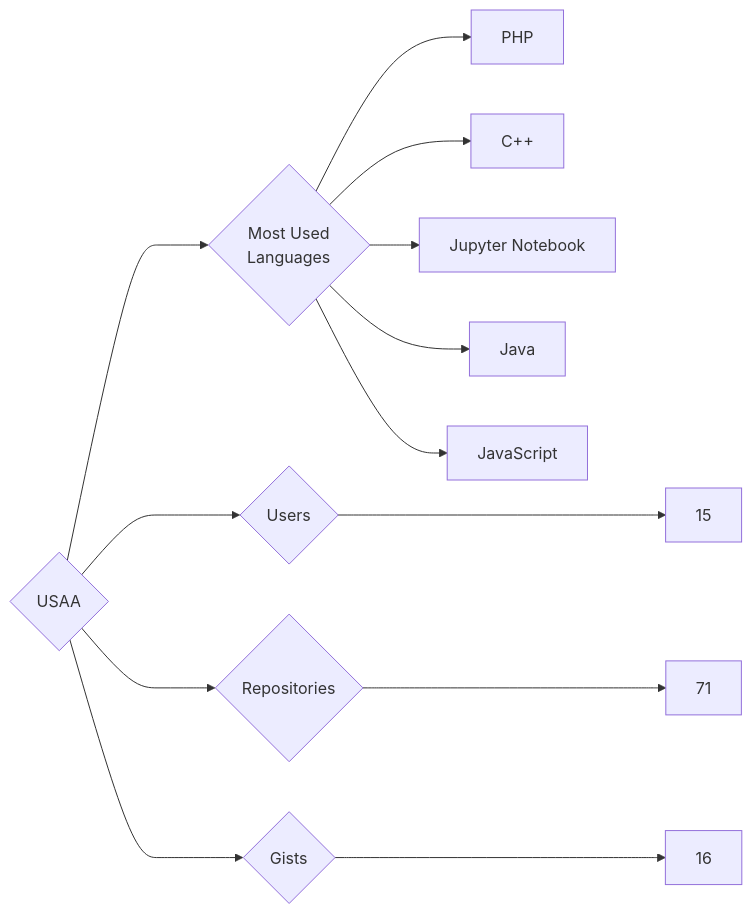
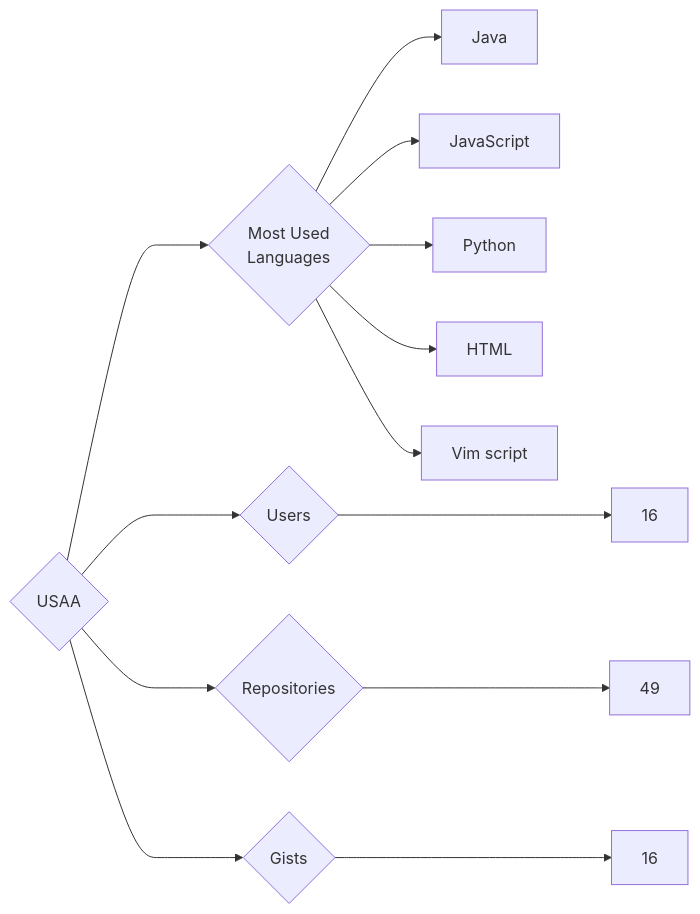
One commit to trickest/insiders changed the diagram in targets/USAA/README.md. Above: the diagram before and after it, drawn with Mermaid. The commit also changed 969 other files, not shown here.

````diff
--- a/targets/USAA/README.md
+++ b/targets/USAA/README.md
@@ -3,13 +3,13 @@
 ```mermaid
 graph LR
 COMPANY_NAME{USAA}
-COMPANY_NAME ---> U{Users} ---> UN[15]
-COMPANY_NAME ---> R{Repositories} ---> RN[71]
+COMPANY_NAME ---> U{Users} ---> UN[16]
+COMPANY_NAME ---> R{Repositories} ---> RN[49]
 COMPANY_NAME ---> G{Gists} ---> GN[16]
 COMPANY_NAME ---> ML{Most Used<br>Languages}
-ML --> PHP[PHP]
-ML --> C++[C++]
-ML --> Jupyter_Notebook[Jupyter Notebook]
 ML --> Java[Java]
 ML --> JavaScript[JavaScript]
+ML --> Python[Python]
+ML --> HTML[HTML]
+ML --> Vim_script[Vim script]
 ```
````
